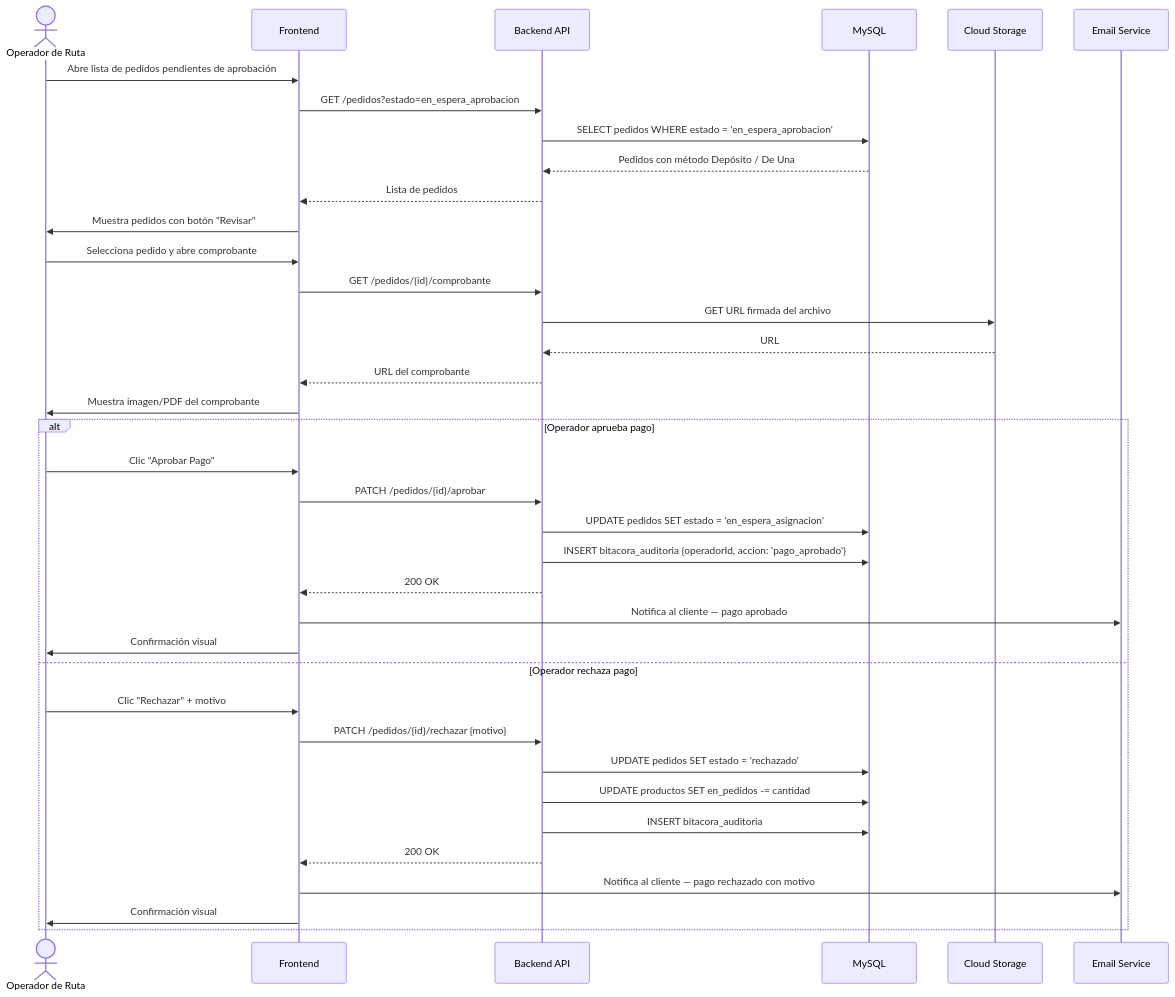
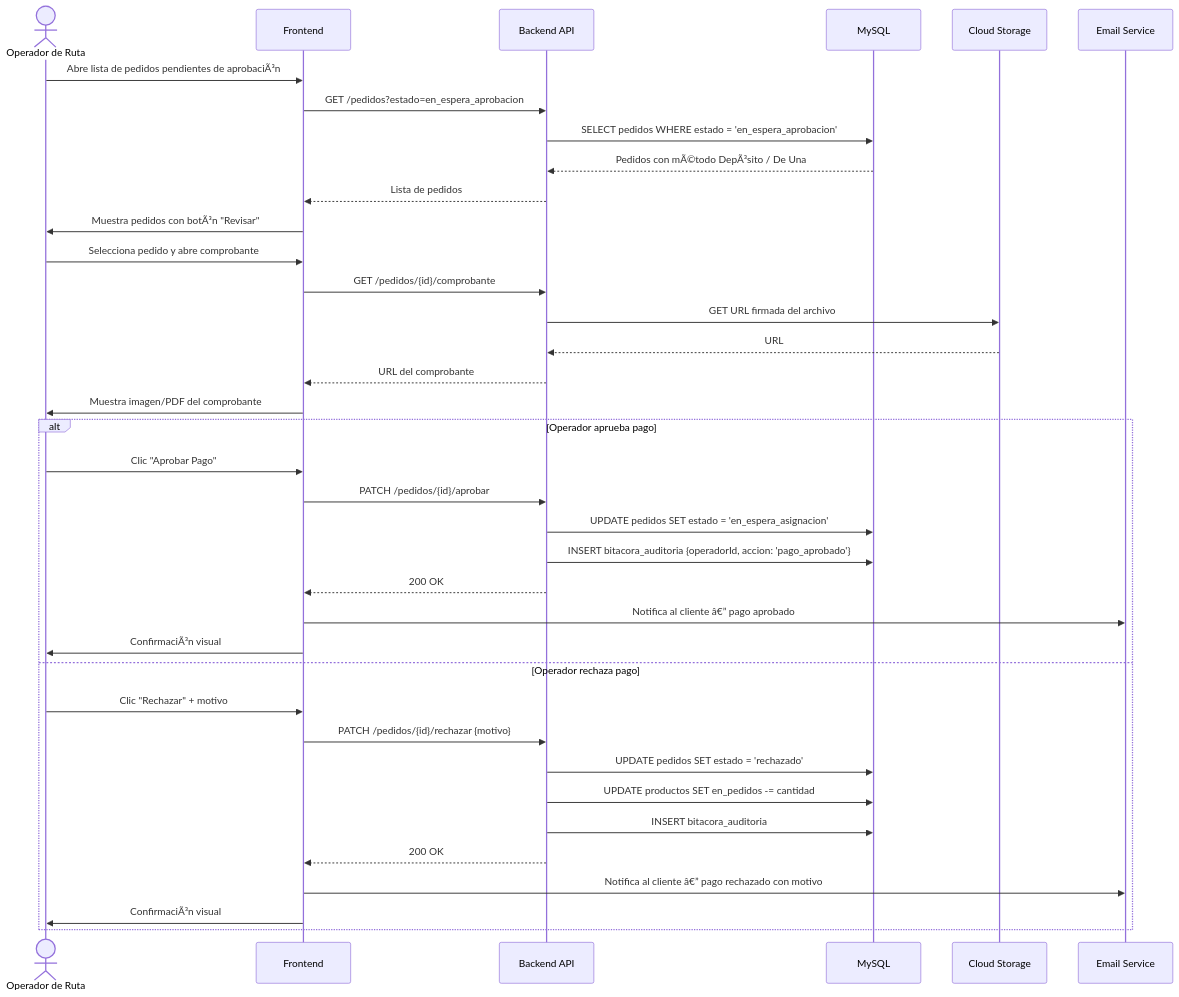
Before and after one commit to UNIPI6TO/PI-ECOMMERCE-FRITOLAY: the sixth of 23 diagrams in docs/especificacion.md, drawn with Mermaid. The commit also changed other lines of this file, not shown here.

````diff
--- a/docs/especificacion.md
+++ b/docs/especificacion.md
@@ -1062,42 +1062,42 @@
 ```mermaid
 sequenceDiagram
     actor Operador as Operador de Ruta
     participant FE as Frontend
     participant API as Backend API
     participant DB as MySQL
     participant GCS as Cloud Storage
     participant Email as Email Service
 
-    Operador->>FE: Abre lista de pedidos pendientes de aprobación
+    Operador->>FE: Abre lista de pedidos pendientes de aprobaciÃ³n
     FE->>API: GET /pedidos?estado=en_espera_aprobacion
     API->>DB: SELECT pedidos WHERE estado = 'en_espera_aprobacion'
-    DB-->>API: Pedidos con método Depósito / De Una
+    DB-->>API: Pedidos con mÃ©todo DepÃ³sito / De Una
     API-->>FE: Lista de pedidos
-    FE->>Operador: Muestra pedidos con botón "Revisar"
+    FE->>Operador: Muestra pedidos con botÃ³n "Revisar"
 
     Operador->>FE: Selecciona pedido y abre comprobante
     FE->>API: GET /pedidos/{id}/comprobante
     API->>GCS: GET URL firmada del archivo
     GCS-->>API: URL
     API-->>FE: URL del comprobante
     FE->>Operador: Muestra imagen/PDF del comprobante
 
     alt Operador aprueba pago
         Operador->>FE: Clic "Aprobar Pago"
         FE->>API: PATCH /pedidos/{id}/aprobar
         API->>DB: UPDATE pedidos SET estado = 'en_espera_asignacion'
         API->>DB: INSERT bitacora_auditoria {operadorId, accion: 'pago_aprobado'}
         API-->>FE: 200 OK
-        FE->>Email: Notifica al cliente — pago aprobado
-        FE->>Operador: Confirmación visual
+        FE->>Email: Notifica al cliente â€” pago aprobado
+        FE->>Operador: ConfirmaciÃ³n visual
     else Operador rechaza pago
         Operador->>FE: Clic "Rechazar" + motivo
         FE->>API: PATCH /pedidos/{id}/rechazar {motivo}
         API->>DB: UPDATE pedidos SET estado = 'rechazado'
         API->>DB: UPDATE productos SET en_pedidos -= cantidad
         API->>DB: INSERT bitacora_auditoria
         API-->>FE: 200 OK
-        FE->>Email: Notifica al cliente — pago rechazado con motivo
-        FE->>Operador: Confirmación visual
+        FE->>Email: Notifica al cliente â€” pago rechazado con motivo
+        FE->>Operador: ConfirmaciÃ³n visual
     end
 ```
````
